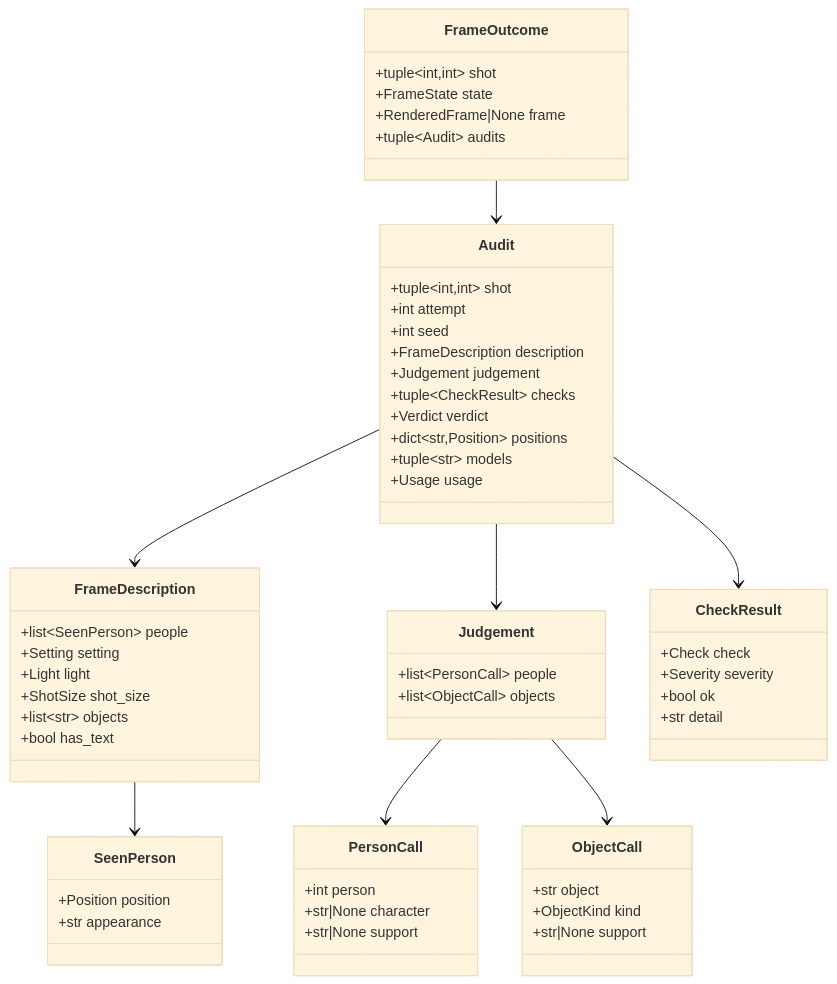
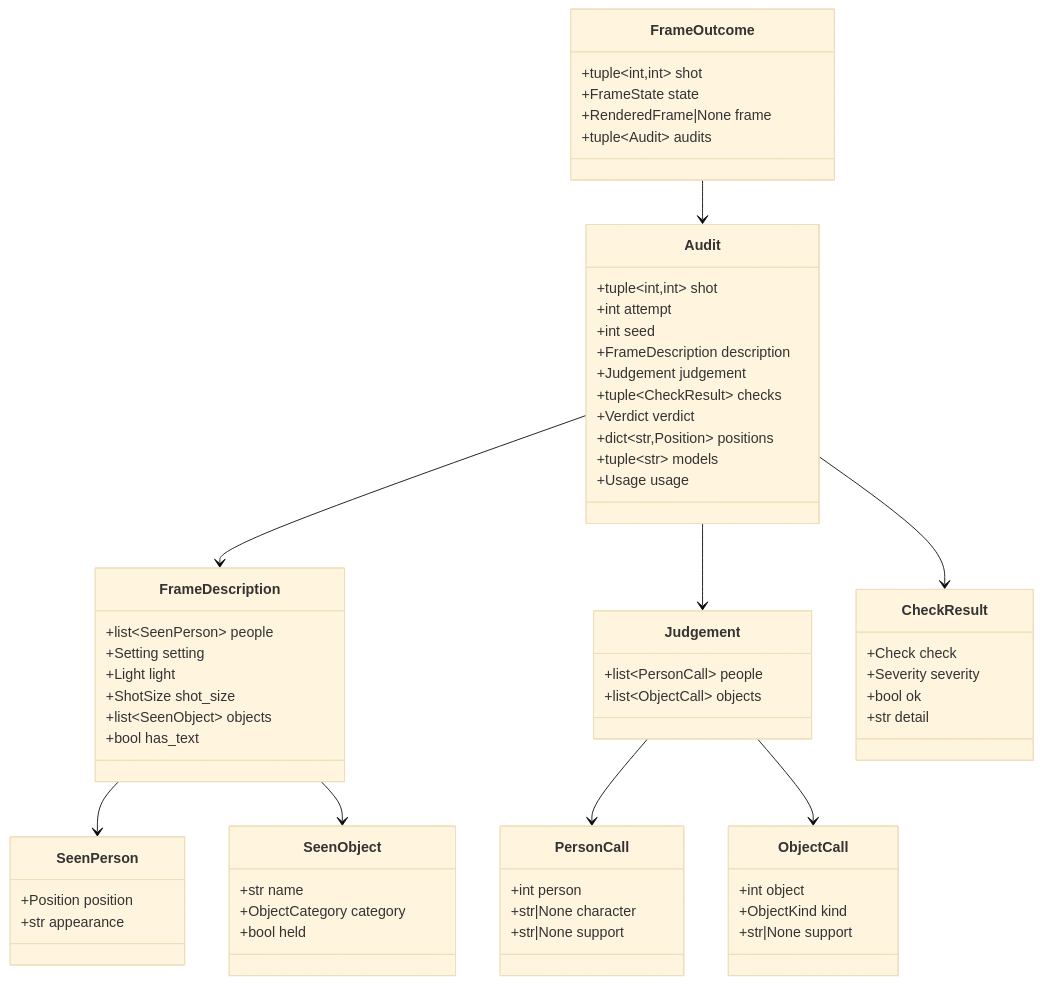
Before and after one commit to Katlego-tech/Panelwise: the first of 3 diagrams in docs/design/verify.md, drawn with Mermaid (base theme). The commit also changed other lines of this file, not shown here.

````diff
--- a/docs/design/verify.md
+++ b/docs/design/verify.md
@@ -30,60 +30,66 @@
 ```mermaid
 classDiagram
     class FrameDescription {
         +list~SeenPerson~ people
         +Setting setting
         +Light light
         +ShotSize shot_size
-        +list~str~ objects
+        +list~SeenObject~ objects
         +bool has_text
+    }
+    class SeenObject {
+        +str name
+        +ObjectCategory category
+        +bool held
     }
     class SeenPerson {
         +Position position
         +str appearance
     }
     class Judgement {
         +list~PersonCall~ people
         +list~ObjectCall~ objects
     }
     class PersonCall {
         +int person
         +str|None character
         +str|None support
     }
     class ObjectCall {
-        +str object
+        +int object
         +ObjectKind kind
         +str|None support
     }
     class CheckResult {
         +Check check
         +Severity severity
         +bool ok
         +str detail
     }
     class Audit {
         +tuple~int,int~ shot
         +int attempt
         +int seed
         +FrameDescription description
         +Judgement judgement
         +tuple~CheckResult~ checks
         +Verdict verdict
         +dict~str,Position~ positions
         +tuple~str~ models
         +Usage usage
     }
     class FrameOutcome {
         +tuple~int,int~ shot
         +FrameState state
         +RenderedFrame|None frame
         +tuple~Audit~ audits
     }
     FrameDescription --> SeenPerson
+    FrameDescription --> SeenObject
     Judgement --> PersonCall
     Judgement --> ObjectCall
     Audit --> FrameDescription
     Audit --> Judgement
     Audit --> CheckResult
     FrameOutcome --> Audit
 ```
````
